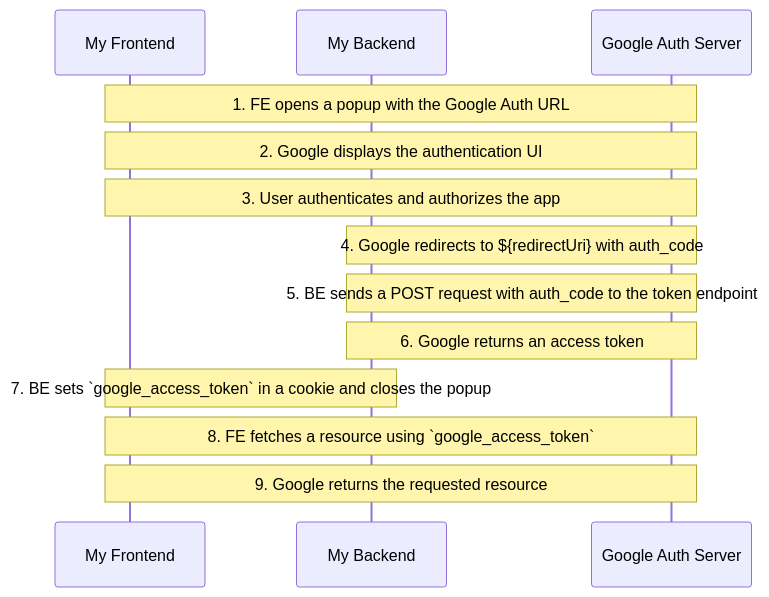
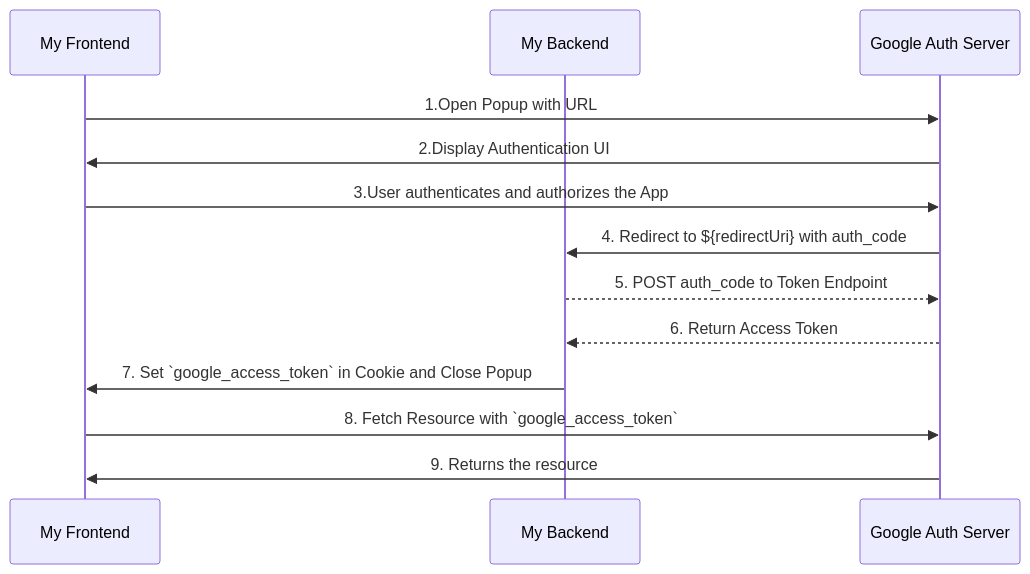
The diagram in README.md (asgarov1/oauth2-demo), drawn with Mermaid before and after one commit.

Commit message:
refactoring readme

````diff
--- a/README.md
+++ b/README.md
@@ -53,16 +53,16 @@
 ```mermaid
 sequenceDiagram
     participant FE as My Frontend
     participant BE as My Backend
     participant Google as Google Auth Server
 
-    Note over FE,Google: 1. FE opens a popup with the Google Auth URL
-    Note over Google,FE: 2. Google displays the authentication UI
-    Note over FE,Google: 3. User authenticates and authorizes the app
-    Note over Google,BE: 4. Google redirects to ${redirectUri} with auth_code
-    Note over BE,Google: 5. BE sends a POST request with auth_code to the token endpoint
-    Note over Google,BE: 6. Google returns an access token
-    Note over BE,FE: 7. BE sets `google_access_token` in a cookie and closes the popup
-    Note over FE,Google: 8. FE fetches a resource using `google_access_token`
-    Note over Google,FE: 9. Google returns the requested resource
+    FE->>Google: 1.Open Popup with URL
+    Google->>FE: 2.Display Authentication UI
+    FE->>Google: 3.User authenticates and authorizes the App
+    Google->>BE: 4. Redirect to ${redirectUri} with auth_code
+    BE-->>Google: 5. POST auth_code to Token Endpoint
+    Google-->>BE: 6. Return Access Token
+    BE->>FE: 7. Set `google_access_token` in Cookie and Close Popup
+    FE->>Google: 8. Fetch Resource with `google_access_token`
+    Google->>FE: 9. Returns the resource
 ```
````
